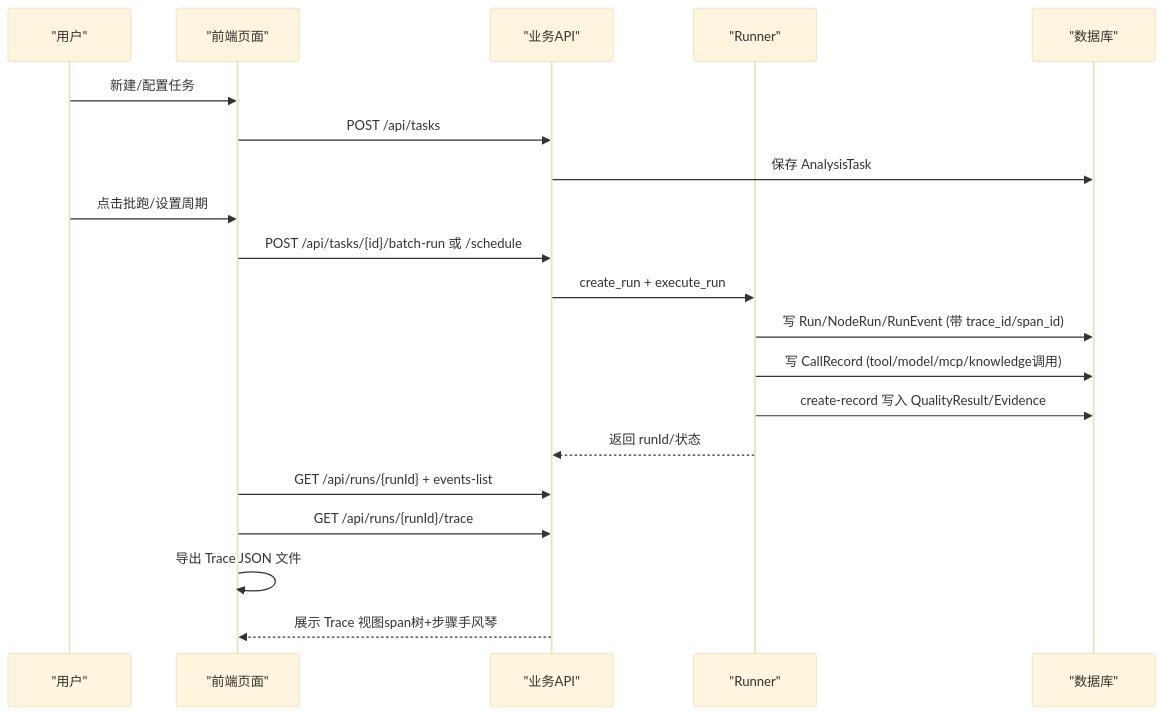
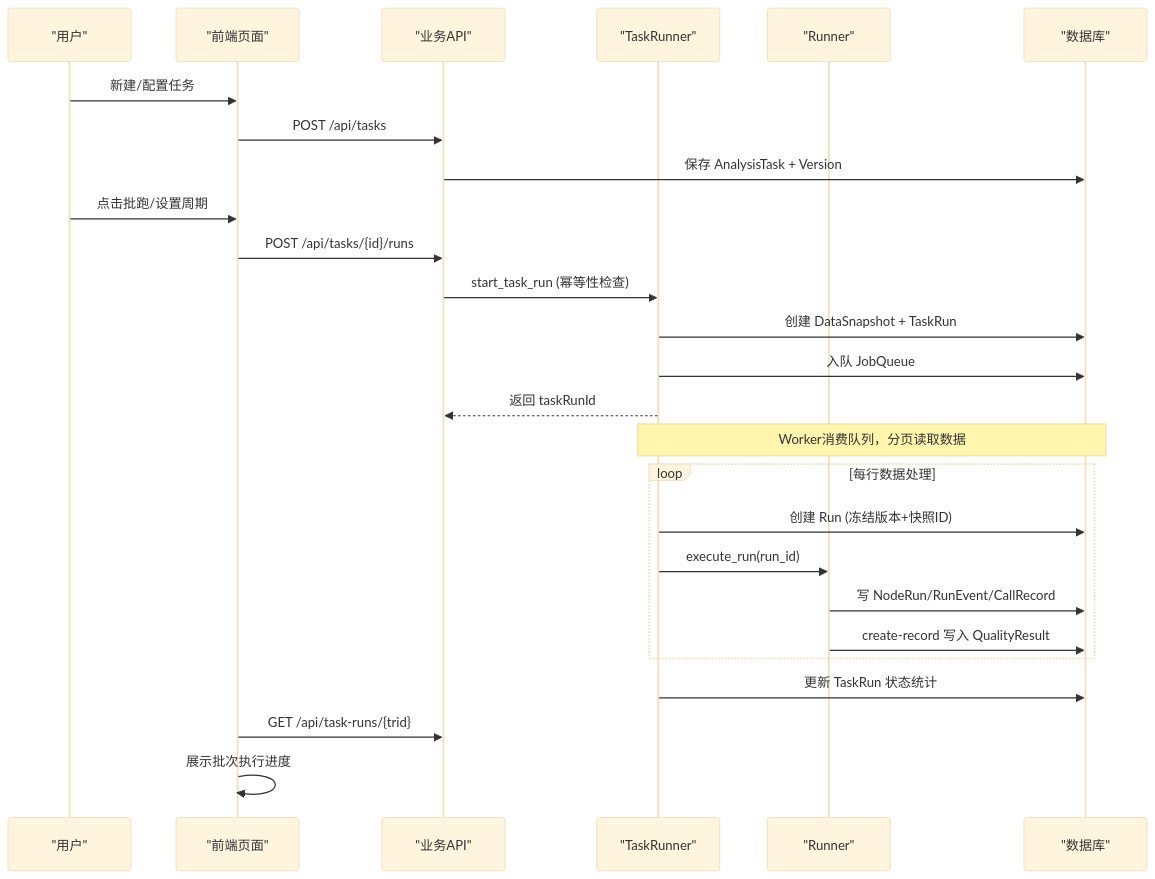
Before and after one commit to huiliuxu780/MoreThanCorn: the first of 4 diagrams in .qoder/repowiki/zh/content/任务与执行域.md, drawn with Mermaid (base theme). The commit also changed other lines of this file and 154 other files, not shown here.

First line of the commit message:
fix(闭环P1): 详情页businessFacts默认值+follow_latest RuleSet作用域+DataAsset recordIdField可写/safe_ident引号

````diff
--- a/.qoder/repowiki/zh/content/任务与执行域.md
+++ b/.qoder/repowiki/zh/content/任务与执行域.md
@@ -58,22 +54,28 @@
 ```mermaid
 sequenceDiagram
 participant U as "用户"
 participant FE as "前端页面"
 participant API as "业务API"
+participant TR as "TaskRunner"
 participant RUN as "Runner"
 participant DB as "数据库"
 U->>FE : 新建/配置任务
 FE->>API : POST /api/tasks
-API->>DB : 保存 AnalysisTask
+API->>DB : 保存 AnalysisTask + Version
 U->>FE : 点击批跑/设置周期
-FE->>API : POST /api/tasks/{id}/batch-run 或 /schedule
-API->>RUN : create_run + execute_run
-RUN->>DB : 写 Run/NodeRun/RunEvent (带 trace_id/span_id)
-RUN->>DB : 写 CallRecord (tool/model/mcp/knowledge调用)
-RUN->>DB : create-record 写入 QualityResult/Evidence
-RUN-->>API : 返回 runId/状态
-FE->>API : GET /api/runs/{runId} + events-list
-FE->>API : GET /api/runs/{runId}/trace
-FE->>FE : 导出 Trace JSON 文件
-API-->>FE : 展示 Trace 视图span树+步骤手风琴
+FE->>API : POST /api/tasks/{id}/runs
+API->>TR : start_task_run (幂等性检查)
+TR->>DB : 创建 DataSnapshot + TaskRun
+TR->>DB : 入队 JobQueue
+TR-->>API : 返回 taskRunId
+Note over TR,DB : Worker消费队列，分页读取数据
+loop 每行数据处理
+TR->>DB : 创建 Run (冻结版本+快照ID)
+TR->>RUN : execute_run(run_id)
+RUN->>DB : 写 NodeRun/RunEvent/CallRecord
+RUN->>DB : create-record 写入 QualityResult
+end
+TR->>DB : 更新 TaskRun 状态统计
+FE->>API : GET /api/task-runs/{trid}
+FE->>FE : 展示批次执行进度
 ```
````
